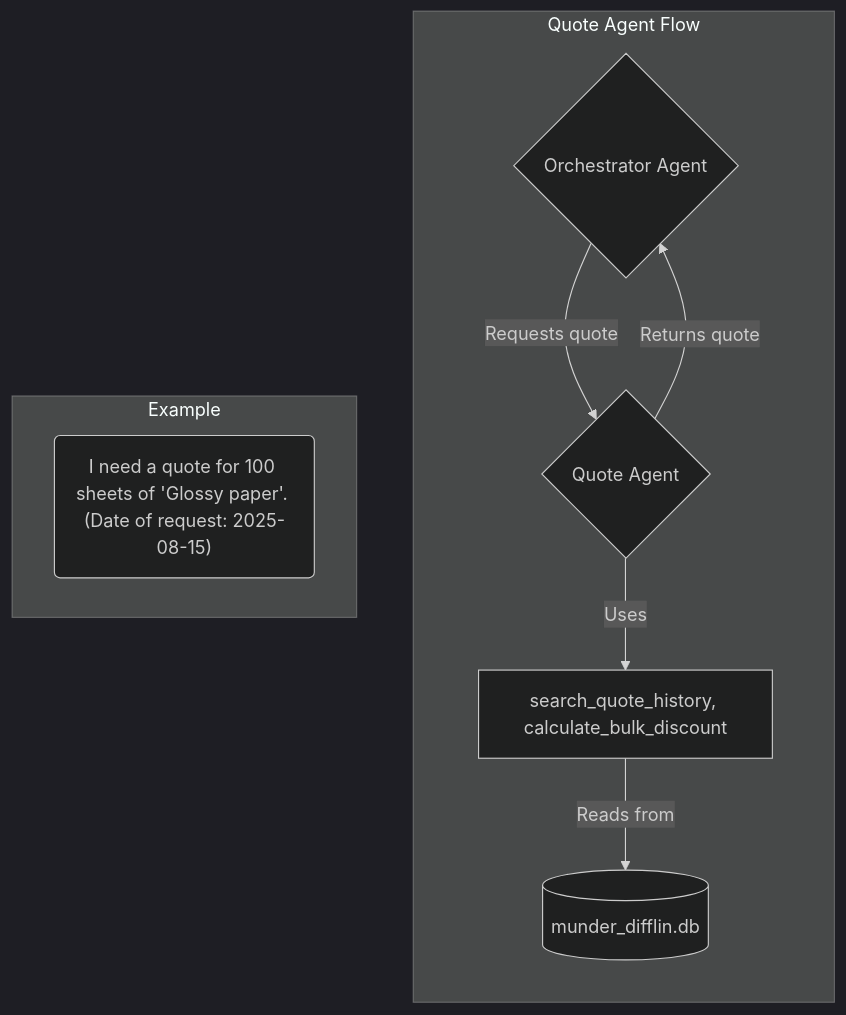
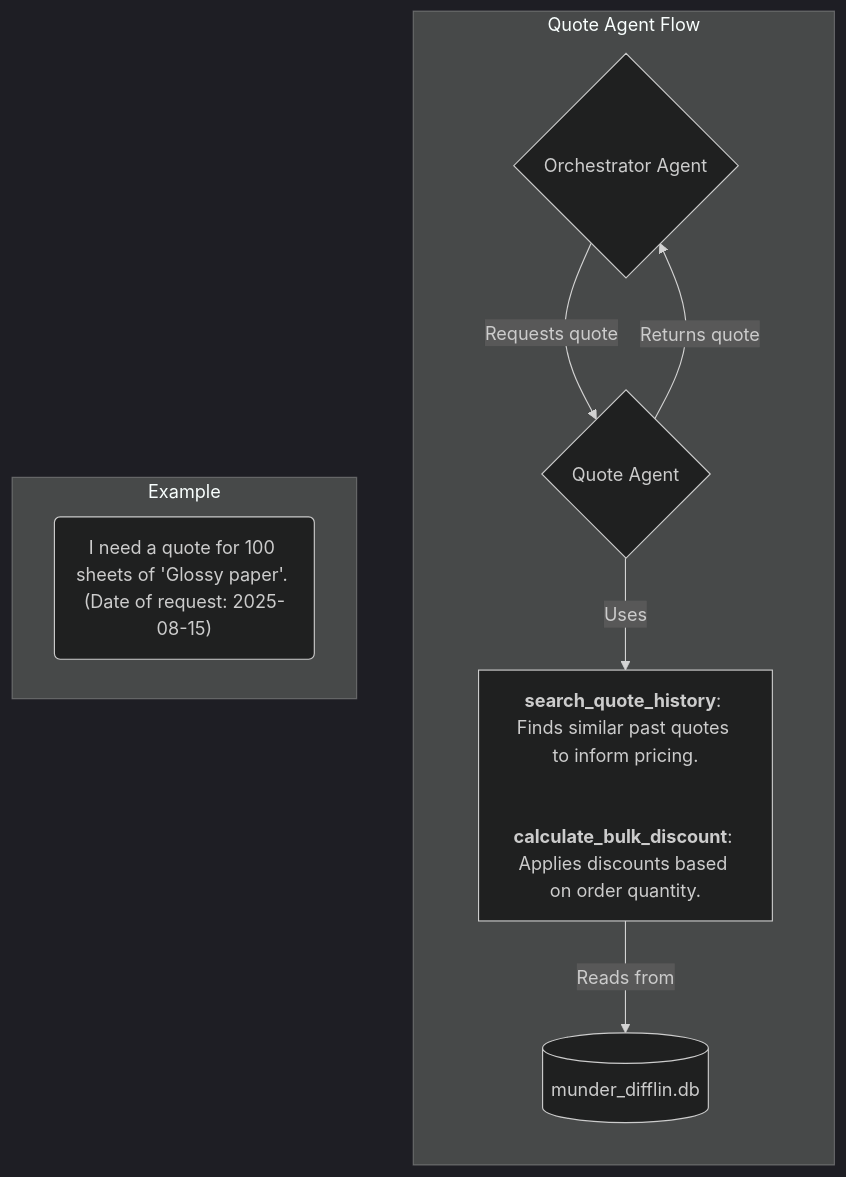
Before and after one commit to HyungunKim/nd_ai_agent_project4: the fourth of 11 diagrams in README.md, drawn with Mermaid (dark theme). The commit also changed other lines of this file, not shown here.

Commit message:
Update the README.md for tool diagrams

````diff
--- a/README.md
+++ b/README.md
@@ -164,14 +171,17 @@
 ```mermaid
 graph TD
     subgraph Quote Agent Flow
         direction TB
         Orchestrator{Orchestrator Agent} -- "Requests quote" --> QuoteAgent{Quote Agent}
-        QuoteAgent -- "Uses" --> Tools[search_quote_history, calculate_bulk_discount]
+        QuoteAgent -- "Uses" --> Tools["
+            <b>search_quote_history</b>: Finds similar past quotes to inform pricing.<br>
+            <b>calculate_bulk_discount</b>: Applies discounts based on order quantity.
+        "]
         Tools -- "Reads from" --> Database[(munder_difflin.db)]
         QuoteAgent -- "Returns quote" --> Orchestrator
     end
     subgraph Example
         direction LR
         Prompt("I need a quote for 100 sheets of 'Glossy paper'. (Date of request: 2025-08-15)")
     end
 ```
````
